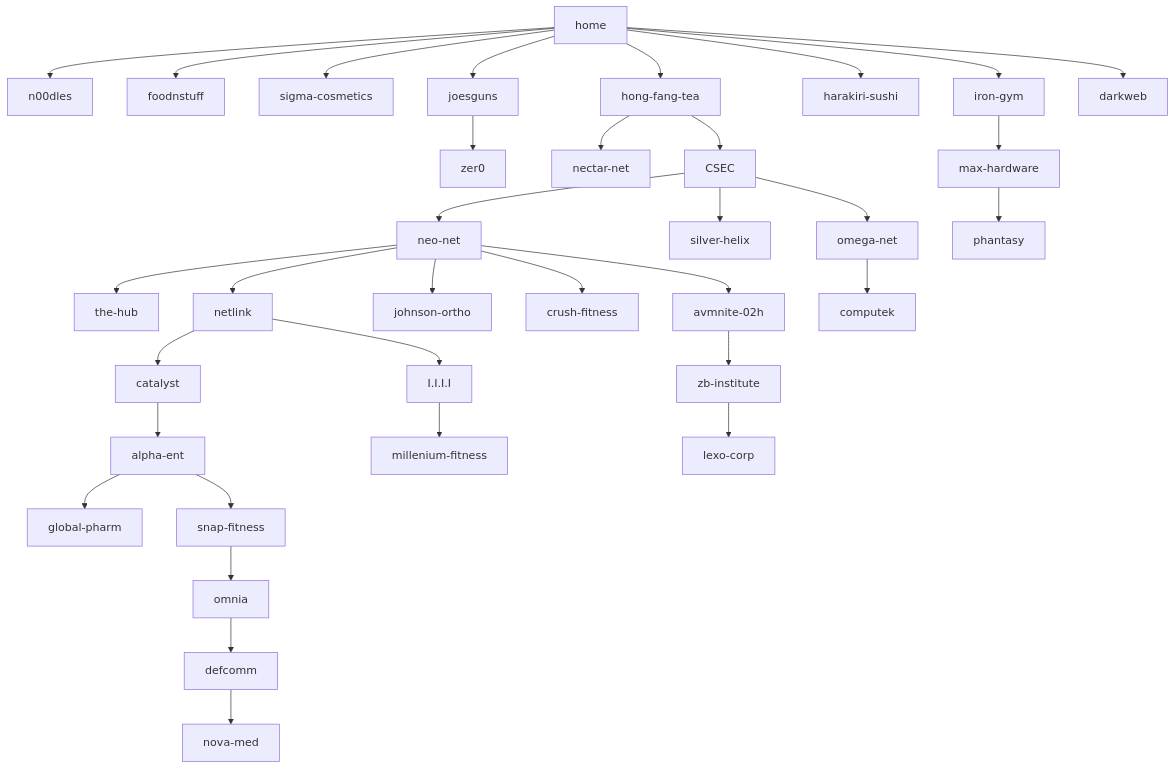
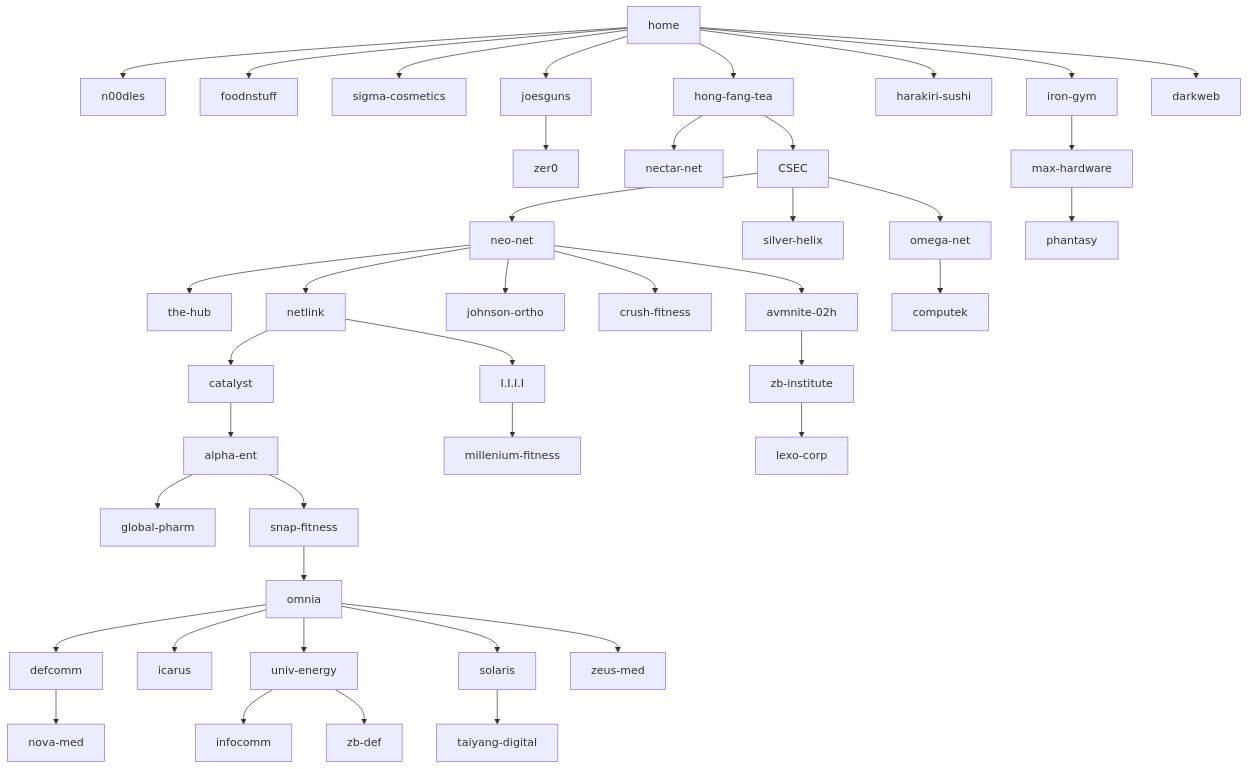
One commit to edernucci/bitburner-network-map changed the diagram in README.md. Above: the diagram before and after it, drawn with Mermaid.

````diff
--- a/README.md
+++ b/README.md
@@ -3,52 +3,61 @@
 ```mermaid
 flowchart TB
   home --> n00dles
   home --> foodnstuff
   home --> sigma-cosmetics
   home --> joesguns
   home --> hong-fang-tea
   home --> harakiri-sushi
   home --> iron-gym
   home --> darkweb
   
   joesguns --> zer0
   
   hong-fang-tea --> nectar-net
   hong-fang-tea --> CSEC
   
   iron-gym --> max-hardware
   
   max-hardware --> phantasy
   
   CSEC --> neo-net
   CSEC --> silver-helix
   CSEC --> omega-net
   
   neo-net --> the-hub
   neo-net --> netlink
   neo-net --> johnson-ortho
   neo-net --> crush-fitness
   neo-net --> avmnite-02h
   
   omega-net --> computek
   
   avmnite-02h --> zb-institute
   
   netlink --> catalyst
   netlink --> I.I.I.I
   
   zb-institute --> lexo-corp
   
   I.I.I.I --> millenium-fitness
   
   catalyst --> alpha-ent
   
   alpha-ent --> global-pharm
   alpha-ent --> snap-fitness
   
   snap-fitness --> omnia
   
   omnia --> defcomm
+  omnia --> icarus
+  omnia --> univ-energy
+  omnia --> solaris
+  omnia --> zeus-med
   
   defcomm --> nova-med
+  
+  univ-energy --> infocomm
+  univ-energy --> zb-def
+  
+  solaris --> taiyang-digital
 ```
````
